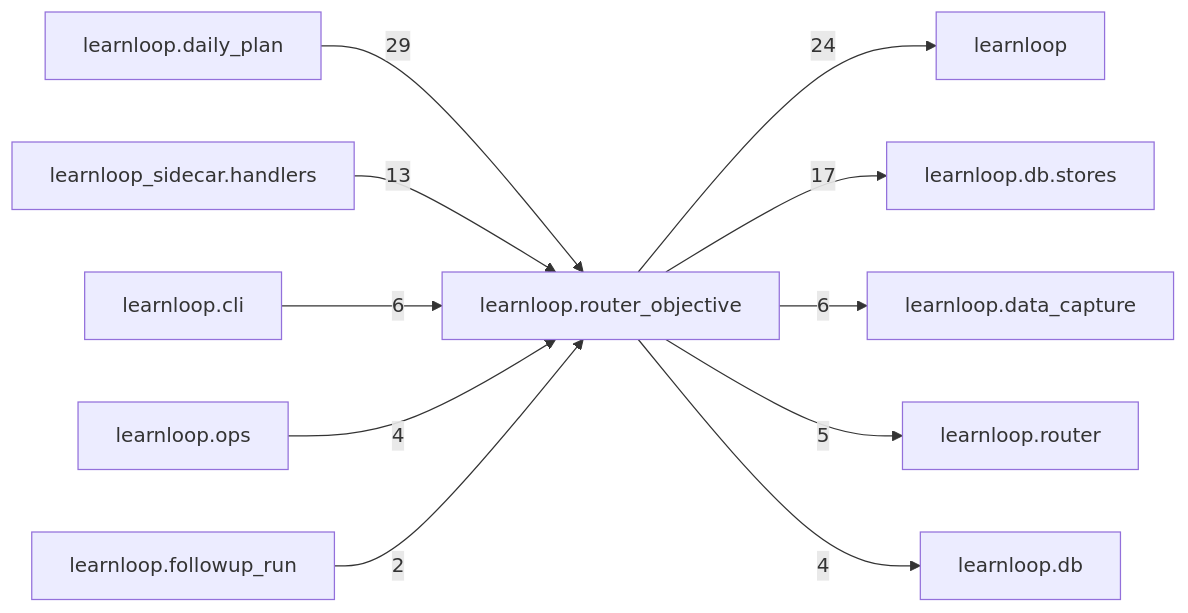
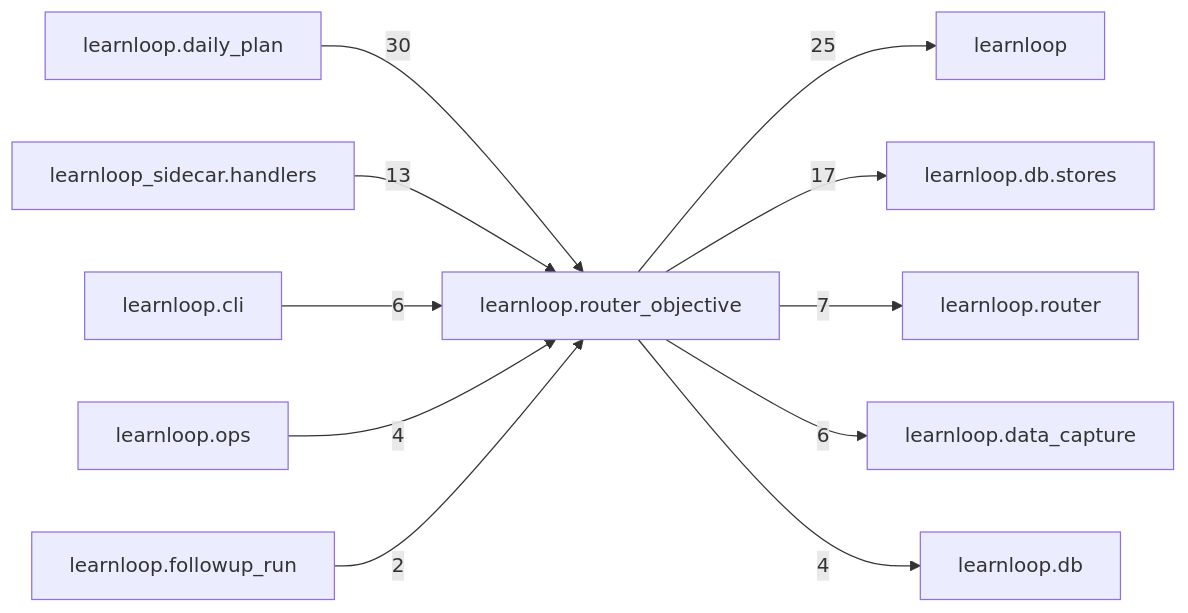
The diagram in docs/learnloop-architecture-vault/Reference/Modules/learnloop/router_objective/_package.md (6up-b/learnanything), drawn with Mermaid before and after one commit. The commit also changed other lines of this file and 21 other files, not shown here.

````diff
--- a/docs/learnloop-architecture-vault/Reference/Modules/learnloop/router_objective/_package.md
+++ b/docs/learnloop-architecture-vault/Reference/Modules/learnloop/router_objective/_package.md
@@ -151,24 +153,24 @@
 ```mermaid
 flowchart LR
     center["learnloop.router_objective"]
     n_learnloop_daily_plan["learnloop.daily_plan"]
     n_learnloop["learnloop"]
     n_learnloop_db_stores["learnloop.db.stores"]
     n_learnloop_sidecar_handlers["learnloop_sidecar.handlers"]
+    n_learnloop_router["learnloop.router"]
     n_learnloop_cli["learnloop.cli"]
     n_learnloop_data_capture["learnloop.data_capture"]
-    n_learnloop_router["learnloop.router"]
     n_learnloop_db["learnloop.db"]
     n_learnloop_ops["learnloop.ops"]
     n_learnloop_followup_run["learnloop.followup_run"]
-    n_learnloop_daily_plan -->|29| center
-    center -->|24| n_learnloop
+    n_learnloop_daily_plan -->|30| center
+    center -->|25| n_learnloop
     center -->|17| n_learnloop_db_stores
     n_learnloop_sidecar_handlers -->|13| center
+    center -->|7| n_learnloop_router
     n_learnloop_cli -->|6| center
     center -->|6| n_learnloop_data_capture
-    center -->|5| n_learnloop_router
     center -->|4| n_learnloop_db
     n_learnloop_ops -->|4| center
     n_learnloop_followup_run -->|2| center
 ```
````
